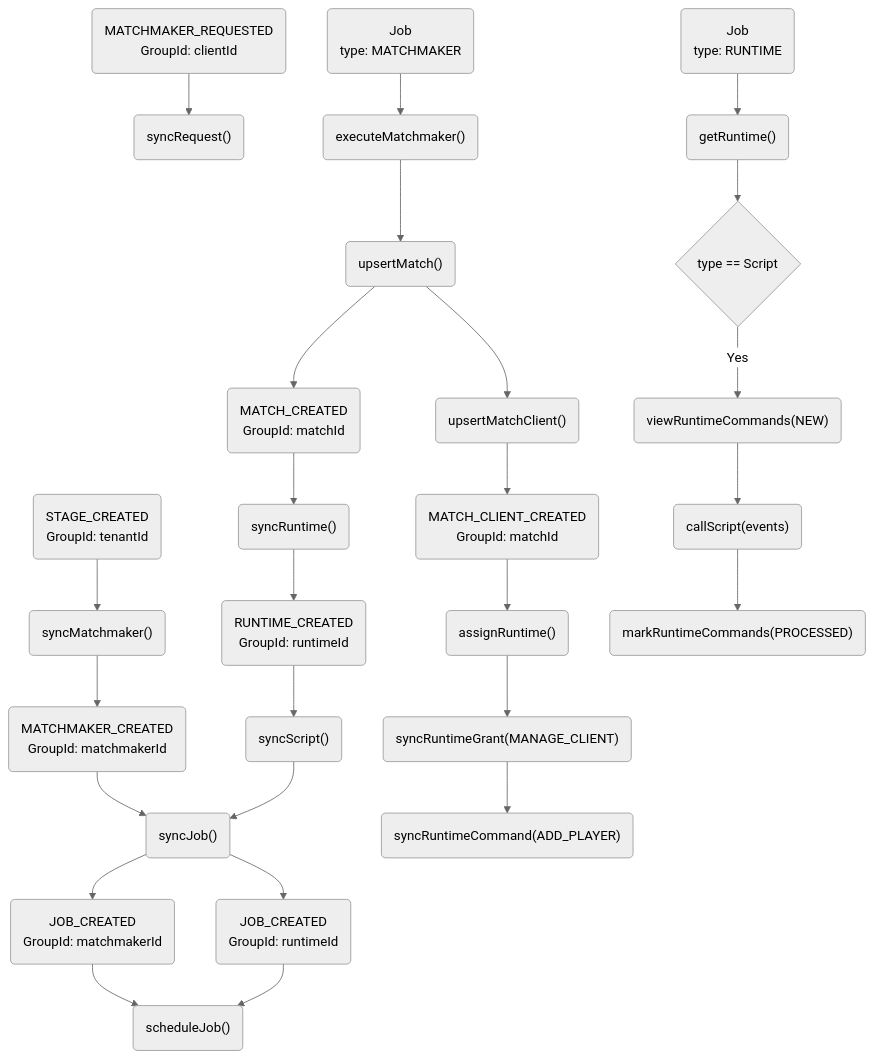
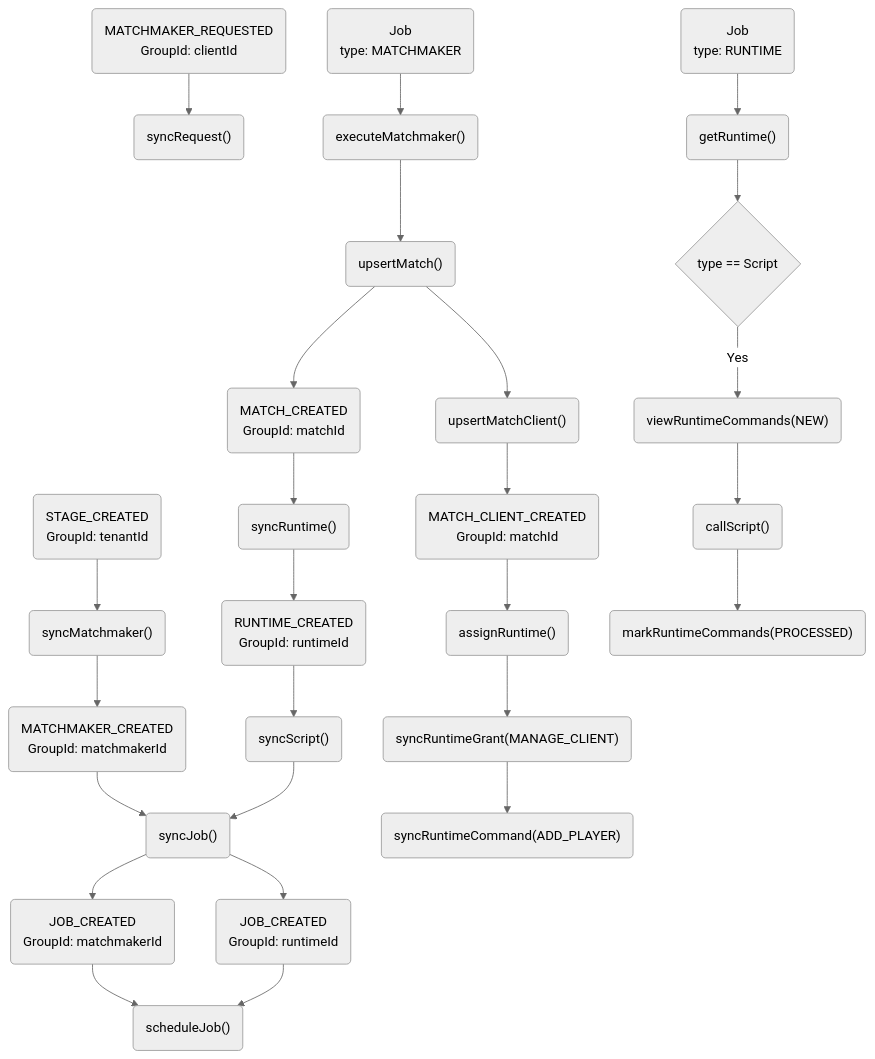
Before and after one commit to OMGSERVERS/omgservers: the diagram in omgservers-documentation/MatchmakingEventGraph.md, drawn with Mermaid (neutral theme). The commit also changed 42 other files, not shown here.

````diff
--- a/omgservers-documentation/MatchmakingEventGraph.md
+++ b/omgservers-documentation/MatchmakingEventGraph.md
@@ -3,35 +3,35 @@
 ```mermaid
 graph TD;
 
 StageCreated(STAGE_CREATED<br/>GroupId: tenantId) --> syncMatchmaker("syncMatchmaker()")
 syncMatchmaker("syncMatchmaker()") --> MatchmakerCreated(MATCHMAKER_CREATED<br/>GroupId: matchmakerId)
 MatchmakerCreated(MATCHMAKER_CREATED<br/>GroupId: matchmakerId) --> syncJob("syncJob()")
 syncJob("syncJob()") --> JobMatchmakerCreated(JOB_CREATED<br/>GroupId: matchmakerId)
 JobMatchmakerCreated(JOB_CREATED<br/>GroupId: matchmakerId) --> scheduleJob("scheduleJob()")
 
 MatchmakerRequested(MATCHMAKER_REQUESTED<br/>GroupId: clientId) --> syncRequest("syncRequest()")
 
 MatchmakerJob(Job<br/>type: MATCHMAKER) --> executeMatchmaker("executeMatchmaker()")
 executeMatchmaker("executeMatchmaker()") --> upsertMatch("upsertMatch()")
 
 upsertMatch("upsertMatch()") --> MatchCreated(MATCH_CREATED<br/>GroupId: matchId)
 MatchCreated(MATCH_CREATED<br/>GroupId: matchId) --> syncRuntime("syncRuntime()")
 syncRuntime("syncRuntime()") --> RuntimeCreated(RUNTIME_CREATED<br/>GroupId: runtimeId)
 RuntimeCreated(RUNTIME_CREATED<br/>GroupId: runtimeId) --> syncScript("syncScript()")
 syncJob("syncJob()") --> JobRuntimeCreated(JOB_CREATED<br/>GroupId: runtimeId)
 JobRuntimeCreated(JOB_CREATED<br/>GroupId: runtimeId) --> scheduleJob("scheduleJob()")
 syncScript("syncScript()") --> syncJob("syncJob()")
 
 upsertMatch("upsertMatch()") --> upsertMatchClient("upsertMatchClient()")
 upsertMatchClient("upsertMatchClient()") --> MatchClientCreated(MATCH_CLIENT_CREATED<br/>GroupId: matchId)
 MatchClientCreated(MATCH_CLIENT_CREATED<br/>GroupId: matchId) --> assignRuntime("assignRuntime()")
 assignRuntime("assignRuntime()") --> syncRuntimeGrant("syncRuntimeGrant(MANAGE_CLIENT)")
 syncRuntimeGrant("syncRuntimeGrant(MANAGE_CLIENT)") --> syncRuntimeCommand("syncRuntimeCommand(ADD_PLAYER)")
 
 RuntimeJob(Job<br/>type: RUNTIME) --> getRuntime("getRuntime()")
 getRuntime("getRuntime()") --> checkRuntimeType{"type == Script"}
 checkRuntimeType{"type == Script"} -- Yes --> viewRuntimeCommands("viewRuntimeCommands(NEW)")
-viewRuntimeCommands("viewRuntimeCommands(NEW)") --> callScript("callScript(events)")
-callScript("callScript(events)") --> markRuntimeCommands("markRuntimeCommands(PROCESSED)")
+viewRuntimeCommands("viewRuntimeCommands(NEW)") --> callScript("callScript()")
+callScript("callScript()") --> markRuntimeCommands("markRuntimeCommands(PROCESSED)")
 
 ```
````
